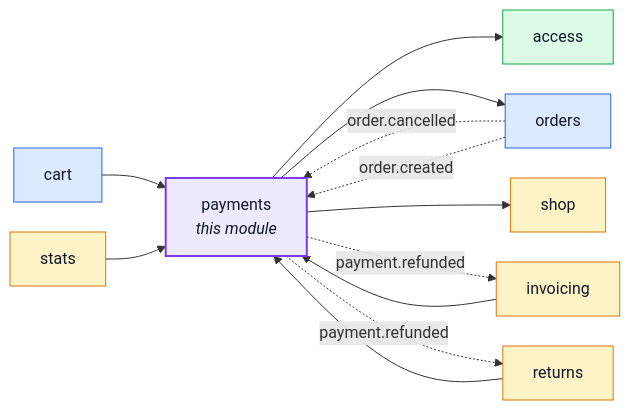
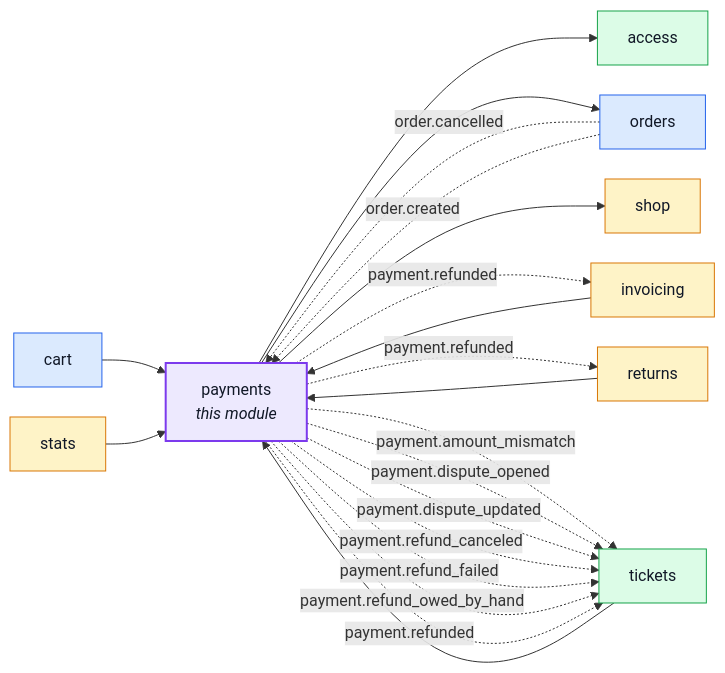
One commit to Guebbit/boilerplate-node-backend changed the first of 18 diagrams in docs/modules/payments.md. Above: the diagram before and after it, drawn with Mermaid. The commit also changed other lines of this file and 52 other files, not shown here.

````diff
--- a/docs/modules/payments.md
+++ b/docs/modules/payments.md
@@ -16,33 +16,42 @@
 ```mermaid
 %%{init: {'flowchart': {'nodeSpacing': 30, 'rankSpacing': 60}}}%%
 flowchart LR
     payments["payments<br/><i>this module</i>"]
     access["access"]
     cart["cart"]
     invoicing["invoicing"]
     orders["orders"]
     returns["returns"]
     shop["shop"]
     stats["stats"]
+    tickets["tickets"]
 
     cart --> payments
     invoicing --> payments
     returns --> payments
     stats --> payments
+    tickets --> payments
     payments --> access
     payments --> orders
     payments --> shop
     orders -. "order.cancelled" .-> payments
     orders -. "order.created" .-> payments
     payments -. "payment.refunded" .-> invoicing
     payments -. "payment.refunded" .-> returns
+    payments -. "payment.amount_mismatch" .-> tickets
+    payments -. "payment.dispute_opened" .-> tickets
+    payments -. "payment.dispute_updated" .-> tickets
+    payments -. "payment.refund_canceled" .-> tickets
+    payments -. "payment.refund_failed" .-> tickets
+    payments -. "payment.refund_owed_by_hand" .-> tickets
+    payments -. "payment.refunded" .-> tickets
 
     classDef core fill:#dbeafe,stroke:#2563eb,color:#111827;
     classDef supporting fill:#fef3c7,stroke:#d97706,color:#111827;
     classDef generic fill:#dcfce7,stroke:#16a34a,color:#111827;
     classDef centre fill:#ede9fe,stroke:#7c3aed,stroke-width:2px,color:#111827;
     class cart,orders core;
     class invoicing,returns,shop,stats supporting;
-    class access generic;
+    class access,tickets generic;
     class payments centre;
 ```
````
